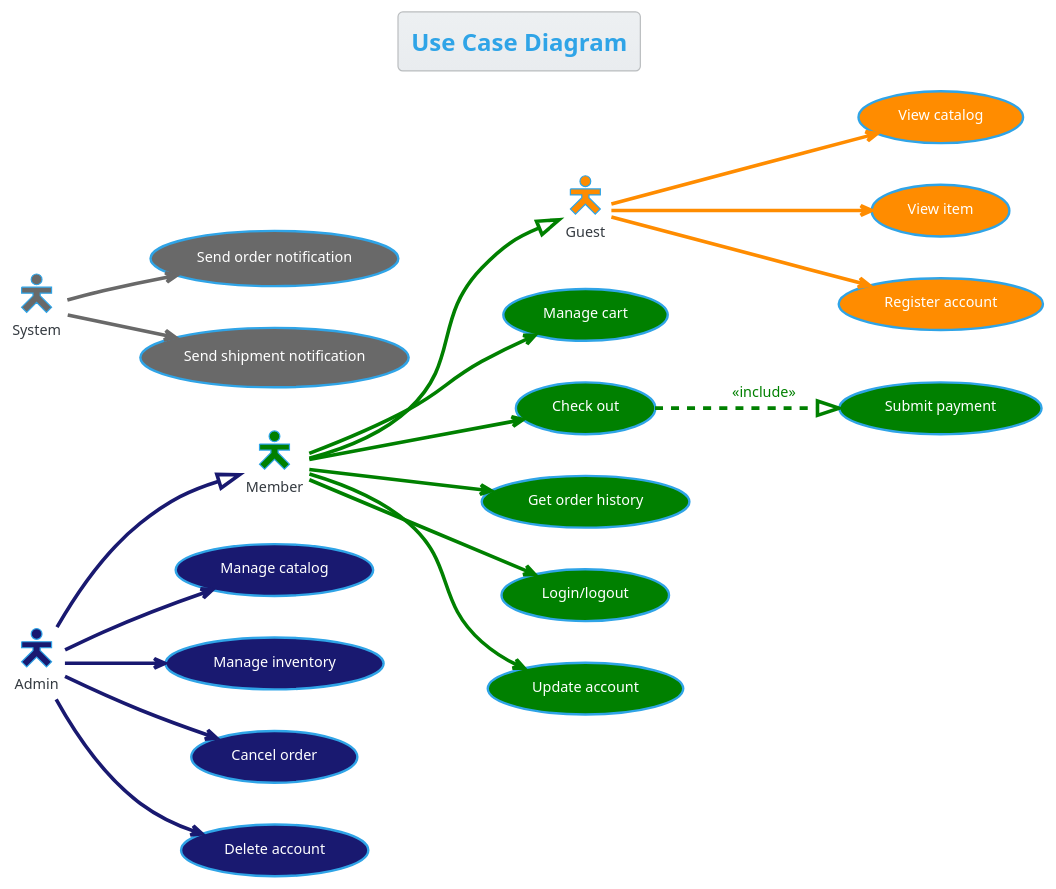
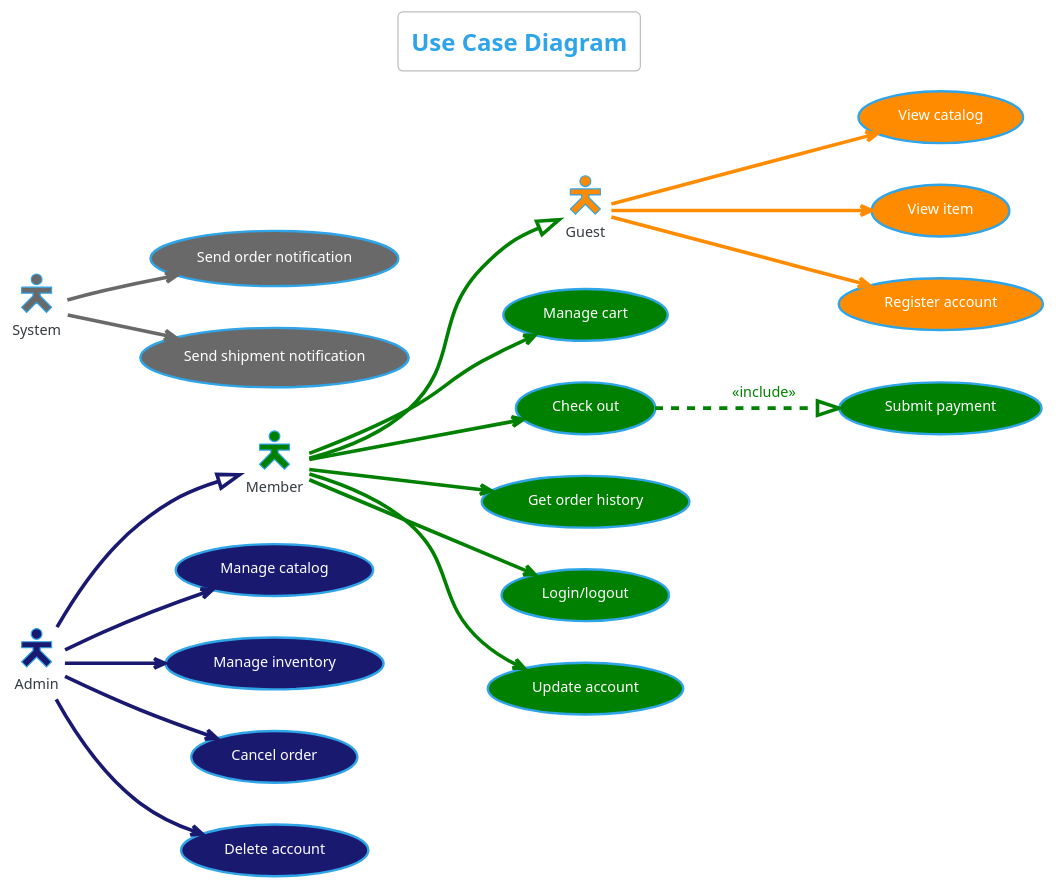
One commit to bijancamp/candy-store-api changed the diagram in diagrams/use-case.puml. Above: the diagram before and after it, drawn with PlantUML. The commit also changed 9 other files, not shown here.

Commit message:
Set background color to white in diagrams

```diff
--- a/diagrams/use-case.puml
+++ b/diagrams/use-case.puml
@@ -1,72 +1,73 @@
 @startuml use-case
 !theme cerulean
 
 skinparam actorStyle hollow
+skinparam backgroundColor White
 
 title Use Case Diagram
 
 left to right direction
 
 
 ''''''''''''''
 '' Actors
 
 :Admin: as admin #MidnightBlue
 :Member: as member #Green
 :Guest: as guest #DarkOrange
 :System: as system #DimGrey
 
 
 '''''''''''''''''
 '' Use Cases
 
 ' For admins
 (Manage catalog) as manage_catalog_item #MidnightBlue
 (Manage inventory) as manage_store_item #MidnightBlue
 (Cancel order) as cancel_order #MidnightBlue
 (Delete account) as delete_account #MidnightBlue
 
 ' For members
 (Manage cart) as manage_cart #Green
 (Check out) as check_out #Green
 (Submit payment) as submit_payment #Green
 (Get order history) as get_order_history #Green
 (Login/logout) as login_and_logout #Green
 (Update account) as update_account #Green
 
 ' For guests
 (View catalog) as view_catalog #DarkOrange
 (View item) as view_item #DarkOrange
 (Register account) as register_account #DarkOrange
 
 ' For system
 (Send order notification) as send_order_notification #DimGrey
 (Send shipment notification) as send_shipment_notification #DimGrey
 
 
 '''''''''''''''''''''
 '' Relationships
 
 admin --|> member #MidnightBlue
 member --|> guest #Green
 
 admin --> manage_catalog_item #MidnightBlue
 admin --> manage_store_item #MidnightBlue
 admin --> cancel_order #MidnightBlue
 admin --> delete_account #MidnightBlue
 
 member --> manage_cart #Green
 member --> check_out #Green
 check_out ..|> submit_payment #Green;text:Green : << include >>
 member --> get_order_history #Green
 member --> login_and_logout #Green
 member --> update_account #Green
 
 guest --> view_catalog #DarkOrange
 guest --> view_item #DarkOrange
 guest --> register_account #DarkOrange
 
 system --> send_order_notification #DimGrey
 system --> send_shipment_notification #DimGrey
 
 @enduml
```
